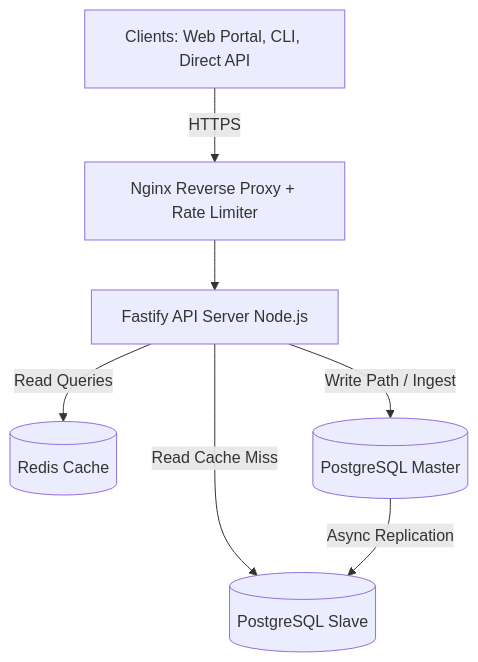
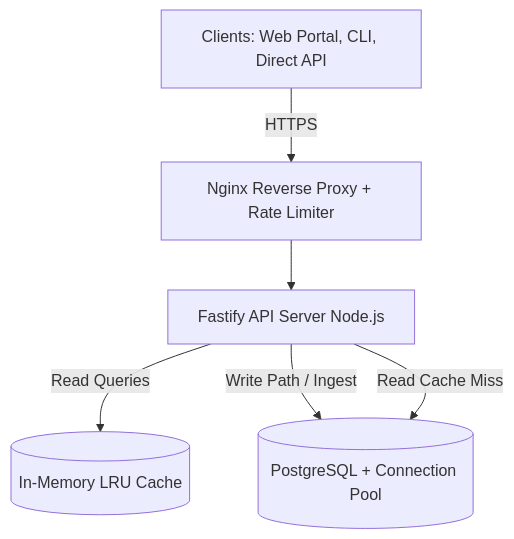
One commit to cybarry/insighta-backend changed the first of 4 diagrams in stage-4a-design.md. Above: the diagram before and after it, drawn with Mermaid. The commit also changed other lines of this file, not shown here.

````diff
--- a/stage-4a-design.md
+++ b/stage-4a-design.md
@@ -38,9 +38,8 @@
 ```mermaid
 graph TD
     Client[Clients: Web Portal, CLI, Direct API] --> |HTTPS| Proxy[Nginx Reverse Proxy + Rate Limiter]
     Proxy --> API[Fastify API Server Node.js]
-    API --> |Read Queries| Cache[(Redis Cache)]
-    API --> |Write Path / Ingest| DBMaster[(PostgreSQL Master)]
-    API --> |Read Cache Miss| DBSlave[(PostgreSQL Slave)]
-    DBMaster --> |Async Replication| DBSlave
+    API --> |Read Queries| Cache[(In-Memory LRU Cache)]
+    API --> |Write Path / Ingest| DB[(PostgreSQL + Connection Pool)]
+    API --> |Read Cache Miss| DB
 ```
````
